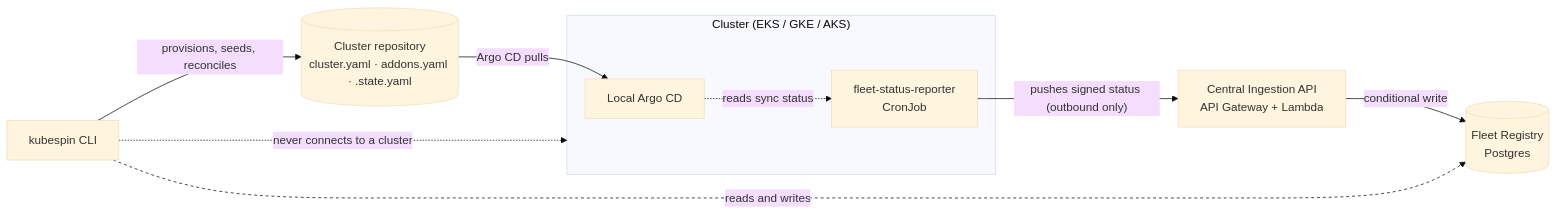
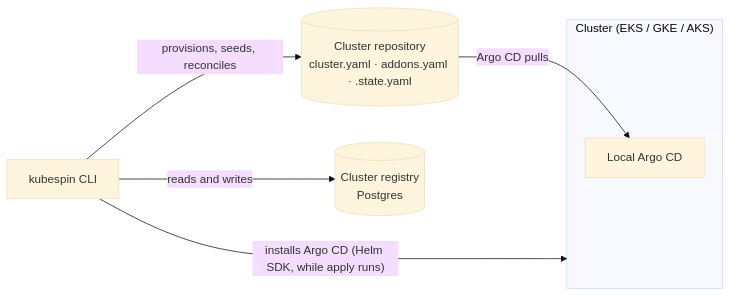
The first of 2 diagrams in docs/architecture.md (GitOpsHub/kubespin), drawn with Mermaid (base theme) before and after one commit. The commit also changed other lines of this file and 132 other files, not shown here.

````diff
--- a/docs/architecture.md
+++ b/docs/architecture.md
@@ -19,22 +20,15 @@
 ```mermaid
 flowchart LR
     subgraph cluster["Cluster (EKS / GKE / AKS)"]
         argo["Local Argo CD"]
-        reporter["fleet-status-reporter<br/>CronJob"]
-        argo -.->|reads sync status| reporter
     end
 
     repo[("Cluster repository<br/>cluster.yaml · addons.yaml · .state.yaml")]
-    ingest["Central Ingestion API<br/>API Gateway + Lambda"]
-    registry[("Fleet Registry<br/>Postgres")]
+    registry[("Cluster registry<br/>Postgres")]
     cli["kubespin CLI"]
 
     repo -->|Argo CD pulls| argo
-    reporter -->|"pushes signed status (outbound only)"| ingest
-    ingest -->|conditional write| registry
     cli -->|"provisions, seeds, reconciles"| repo
     cli -->|reads and writes| registry
-    cli -.->|"never connects to a cluster"| cluster
-
-    linkStyle 5 stroke-dasharray: 4 4
+    cli -->|"installs Argo CD (Helm SDK, while apply runs)"| cluster
 ```
````
